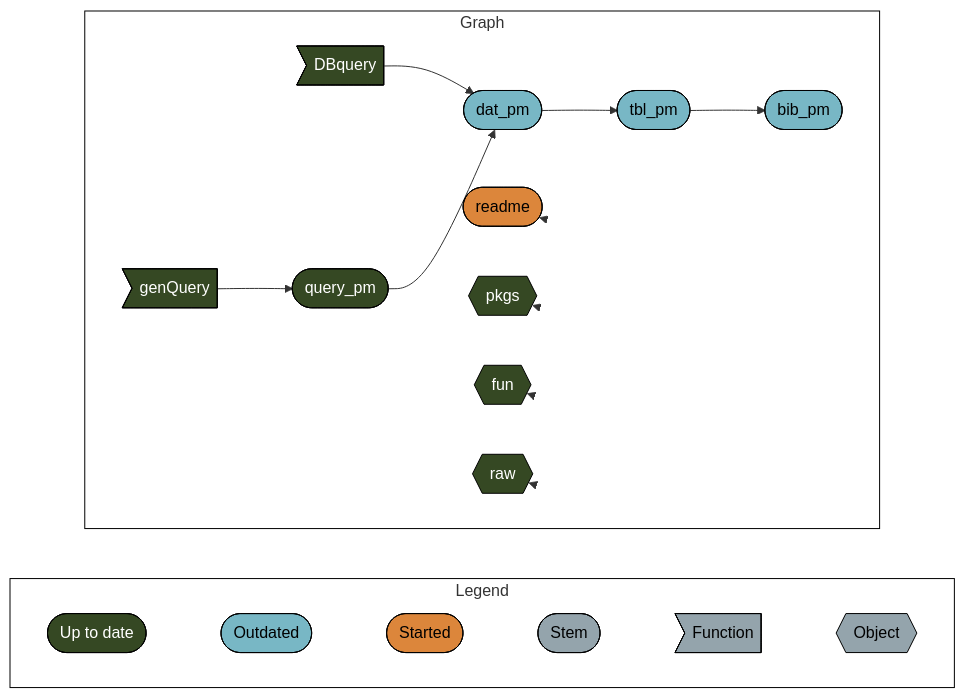
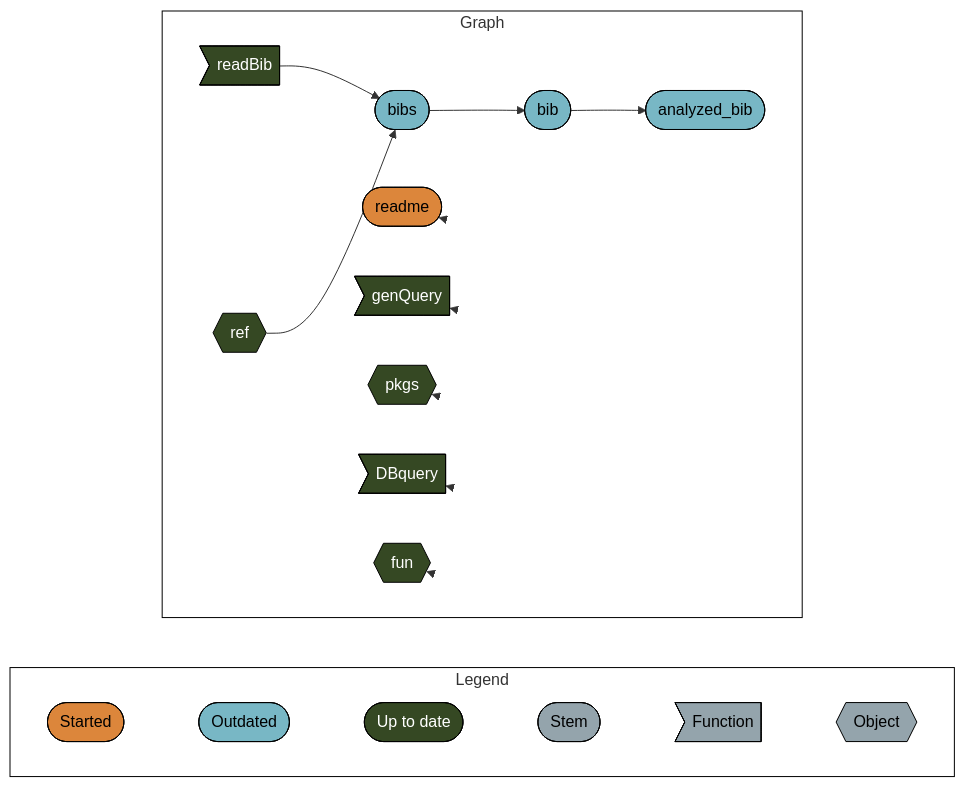
One commit to namakala/resilience-bibliometrics changed the diagram in README.md. Above: the diagram before and after it, drawn with Mermaid. The commit also changed other lines of this file and 3 other files, not shown here.

````diff
--- a/README.md
+++ b/README.md
@@ -52,38 +74,39 @@
 ``` mermaid
 graph LR
   style Legend fill:#FFFFFF00,stroke:#000000;
   style Graph fill:#FFFFFF00,stroke:#000000;
   subgraph Legend
     direction LR
-    x7420bd9270f8d27d([""Up to date""]):::uptodate --- x0a52b03877696646([""Outdated""]):::outdated
-    x0a52b03877696646([""Outdated""]):::outdated --- x5b3426b4c7fa7dbc([""Started""]):::started
-    x5b3426b4c7fa7dbc([""Started""]):::started --- xbf4603d6c2c2ad6b([""Stem""]):::none
+    x5b3426b4c7fa7dbc([""Started""]):::started --- x0a52b03877696646([""Outdated""]):::outdated
+    x0a52b03877696646([""Outdated""]):::outdated --- x7420bd9270f8d27d([""Up to date""]):::uptodate
+    x7420bd9270f8d27d([""Up to date""]):::uptodate --- xbf4603d6c2c2ad6b([""Stem""]):::none
     xbf4603d6c2c2ad6b([""Stem""]):::none --- xf0bce276fe2b9d3e>""Function""]:::none
     xf0bce276fe2b9d3e>""Function""]:::none --- x5bffbffeae195fc9{{""Object""}}:::none
   end
   subgraph Graph
     direction LR
-    x4faf10673c3a5f25(["tbl_pm"]):::outdated --> xd077ad102a0a57a3(["bib_pm"]):::outdated
-    xcc1ff618dac8ab74>"DBquery"]:::uptodate --> x5cf279f2373e5b93(["dat_pm"]):::outdated
-    xe4b34732e0fe646c(["query_pm"]):::uptodate --> x5cf279f2373e5b93(["dat_pm"]):::outdated
-    xccdeb963b10f414c>"genQuery"]:::uptodate --> xe4b34732e0fe646c(["query_pm"]):::uptodate
-    x5cf279f2373e5b93(["dat_pm"]):::outdated --> x4faf10673c3a5f25(["tbl_pm"]):::outdated
+    xb2d44098e9dbb607(["bibs"]):::outdated --> x2f7ce3a74217c3eb(["bib"]):::outdated
+    x2f7ce3a74217c3eb(["bib"]):::outdated --> x5d0137cf25dee142(["analyzed_bib"]):::outdated
+    xffb09e21cb2bb0ec>"readBib"]:::uptodate --> xb2d44098e9dbb607(["bibs"]):::outdated
+    xc5a9e5584c3f223f{{"ref"}}:::uptodate --> xb2d44098e9dbb607(["bibs"]):::outdated
     x6e52cb0f1668cc22(["readme"]):::started --> x6e52cb0f1668cc22(["readme"]):::started
+    xccdeb963b10f414c>"genQuery"]:::uptodate --> xccdeb963b10f414c>"genQuery"]:::uptodate
     x2d15849e3198e8d1{{"pkgs"}}:::uptodate --> x2d15849e3198e8d1{{"pkgs"}}:::uptodate
+    xcc1ff618dac8ab74>"DBquery"]:::uptodate --> xcc1ff618dac8ab74>"DBquery"]:::uptodate
     x22b0201614333ef4{{"fun"}}:::uptodate --> x22b0201614333ef4{{"fun"}}:::uptodate
-    x67be920e14d52a62{{"raw"}}:::uptodate --> x67be920e14d52a62{{"raw"}}:::uptodate
   end
+  classDef started stroke:#000000,color:#000000,fill:#DC863B;
+  classDef outdated stroke:#000000,color:#000000,fill:#78B7C5;
   classDef uptodate stroke:#000000,color:#ffffff,fill:#354823;
-  classDef outdated stroke:#000000,color:#000000,fill:#78B7C5;
-  classDef started stroke:#000000,color:#000000,fill:#DC863B;
   classDef none stroke:#000000,color:#000000,fill:#94a4ac;
   linkStyle 0 stroke-width:0px;
   linkStyle 1 stroke-width:0px;
   linkStyle 2 stroke-width:0px;
   linkStyle 3 stroke-width:0px;
   linkStyle 4 stroke-width:0px;
+  linkStyle 9 stroke-width:0px;
   linkStyle 10 stroke-width:0px;
   linkStyle 11 stroke-width:0px;
   linkStyle 12 stroke-width:0px;
   linkStyle 13 stroke-width:0px;
 ```
````
